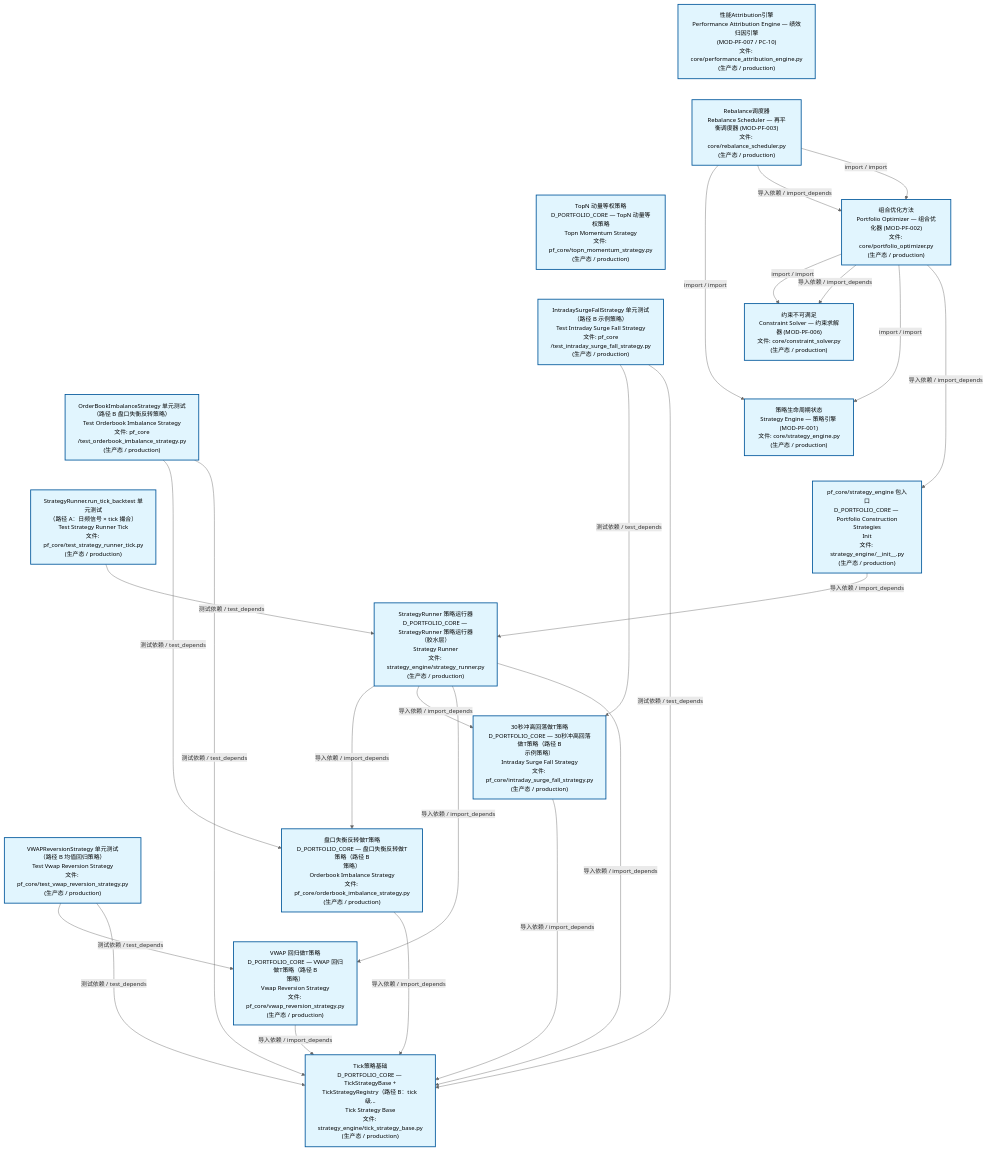
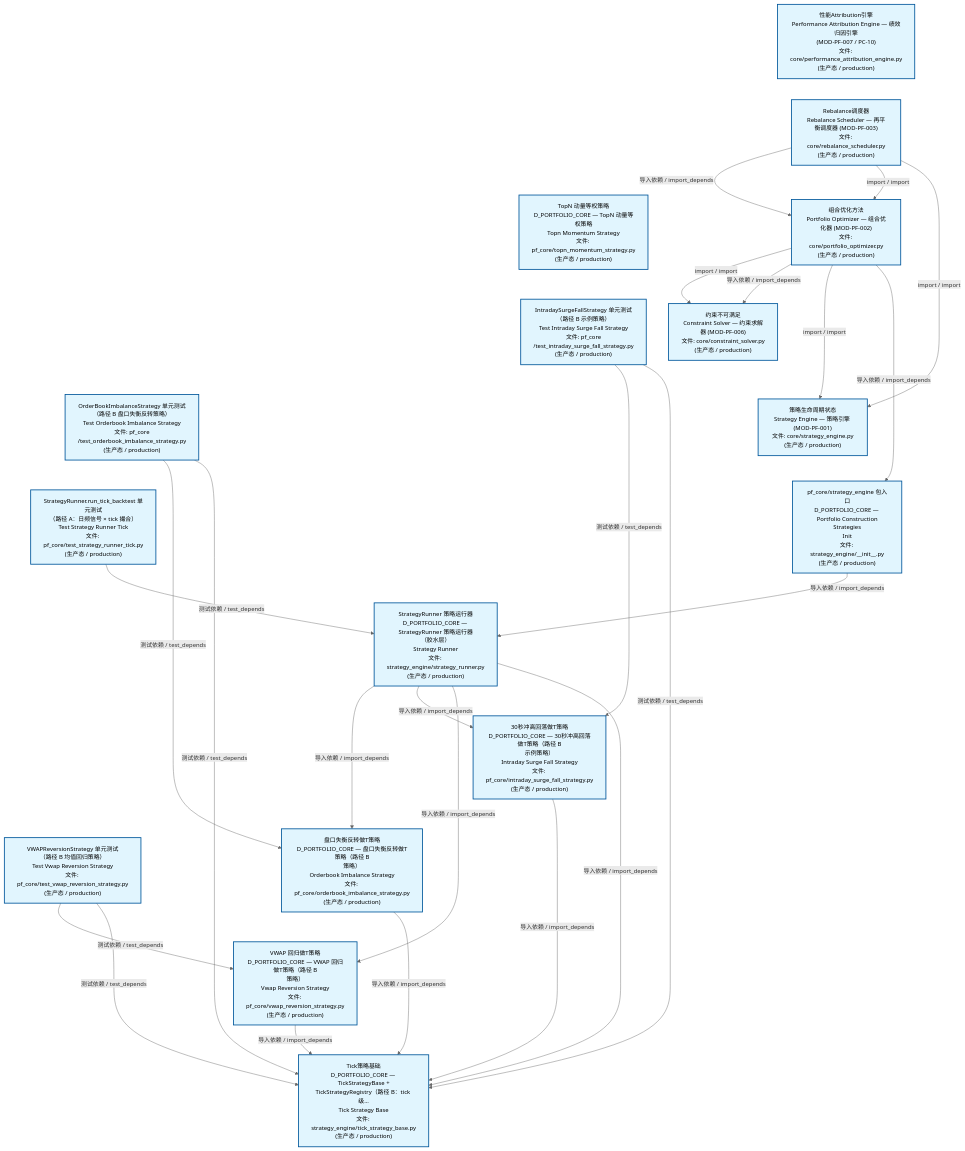
The second of 3 diagrams in docs/02_enterprise_architecture/02_domain_architecture_docs/63_d_pf_core.md (xuanFelixVan/ZephyrAlpha), drawn with Mermaid before and after one commit. The commit also changed other lines of this file and 45 other files, not shown here.

````diff
--- a/docs/02_enterprise_architecture/02_domain_architecture_docs/63_d_pf_core.md
+++ b/docs/02_enterprise_architecture/02_domain_architecture_docs/63_d_pf_core.md
@@ -140,57 +140,57 @@
 ```mermaid
 %%{init: {'theme': 'base', 'themeVariables': {'primaryColor': '#eaeaea', 'primaryTextColor': '#333333', 'primaryBorderColor': '#666666', 'lineColor': '#666666', 'secondaryColor': '#eaeaea', 'tertiaryColor': '#eaeaea', 'fontSize': '14px'}}}%%
 flowchart TD
     src_zephyr_pf_core_core_performance_attribution_engine_py["性能Attribution引擎<br/>Performance Attribution Engine — 绩效归因引擎<br/>(MOD-PF-007 / PC-10)<br/>文件: core/performance_attribution_engine.py<br/>(生产态 / production)"]
     src_zephyr_pf_core_core_rebalance_scheduler_py["Rebalance调度器<br/>Rebalance Scheduler — 再平衡调度器 (MOD-PF-003)<br/>文件: core/rebalance_scheduler.py<br/>(生产态 / production)"]
     src_zephyr_pf_core_topn_momentum_strategy_py["TopN 动量等权策略<br/>D_PORTFOLIO_CORE — TopN 动量等权策略<br/>Topn Momentum Strategy<br/>文件: pf_core/topn_momentum_strategy.py<br/>(生产态 / production)"]
     tests_pf_core_test_intraday_surge_fall_strategy_py["IntradaySurgeFallStrategy 单元测试<br/>（路径 B 示例策略）<br/>Test Intraday Surge Fall Strategy<br/>文件: pf_core<br/>/test_intraday_surge_fall_strategy.py<br/>(生产态 / production)"]
     tests_pf_core_test_orderbook_imbalance_strategy_py["OrderBookImbalanceStrategy 单元测试<br/>（路径 B 盘口失衡反转策略）<br/>Test Orderbook Imbalance Strategy<br/>文件: pf_core<br/>/test_orderbook_imbalance_strategy.py<br/>(生产态 / production)"]
     tests_pf_core_test_strategy_runner_tick_py["StrategyRunner.run_tick_backtest 单元测试<br/>（路径 A：日频信号 × tick 撮合）<br/>Test Strategy Runner Tick<br/>文件: pf_core/test_strategy_runner_tick.py<br/>(生产态 / production)"]
     tests_pf_core_test_vwap_reversion_strategy_py["VWAPReversionStrategy 单元测试<br/>（路径 B 均值回归策略）<br/>Test Vwap Reversion Strategy<br/>文件: pf_core/test_vwap_reversion_strategy.py<br/>(生产态 / production)"]
     src_zephyr_pf_core_core_performance_attribution_engine_py ~~~ src_zephyr_pf_core_core_rebalance_scheduler_py
     src_zephyr_pf_core_core_rebalance_scheduler_py ~~~ src_zephyr_pf_core_topn_momentum_strategy_py
     src_zephyr_pf_core_topn_momentum_strategy_py ~~~ tests_pf_core_test_intraday_surge_fall_strategy_py
     tests_pf_core_test_intraday_surge_fall_strategy_py ~~~ tests_pf_core_test_orderbook_imbalance_strategy_py
     tests_pf_core_test_orderbook_imbalance_strategy_py ~~~ tests_pf_core_test_strategy_runner_tick_py
     tests_pf_core_test_strategy_runner_tick_py ~~~ tests_pf_core_test_vwap_reversion_strategy_py
     src_zephyr_pf_core_core_portfolio_optimizer_py["组合优化方法<br/>Portfolio Optimizer — 组合优化器 (MOD-PF-002)<br/>文件: core/portfolio_optimizer.py<br/>(生产态 / production)"]
     src_zephyr_pf_core_core_constraint_solver_py["约束不可满足<br/>Constraint Solver — 约束求解器 (MOD-PF-006)<br/>文件: core/constraint_solver.py<br/>(生产态 / production)"]
     src_zephyr_pf_core_core_strategy_engine_py["策略生命周期状态<br/>Strategy Engine — 策略引擎 (MOD-PF-001)<br/>文件: core/strategy_engine.py<br/>(生产态 / production)"]
     src_zephyr_pf_core_strategy_engine_init_py["pf_core/strategy_engine 包入口<br/>D_PORTFOLIO_CORE — Portfolio Construction<br/>Strategies<br/>Init<br/>文件: strategy_engine/__init__.py<br/>(生产态 / production)"]
     src_zephyr_pf_core_core_constraint_solver_py ~~~ src_zephyr_pf_core_core_strategy_engine_py
     src_zephyr_pf_core_core_strategy_engine_py ~~~ src_zephyr_pf_core_strategy_engine_init_py
     src_zephyr_pf_core_strategy_engine_strategy_runner_py["StrategyRunner 策略运行器<br/>D_PORTFOLIO_CORE — StrategyRunner 策略运行器<br/>（胶水层）<br/>Strategy Runner<br/>文件: strategy_engine/strategy_runner.py<br/>(生产态 / production)"]
     src_zephyr_pf_core_intraday_surge_fall_strategy_py["30秒冲高回落做T策略<br/>D_PORTFOLIO_CORE — 30秒冲高回落做T策略（路径 B<br/>示例策略）<br/>Intraday Surge Fall Strategy<br/>文件: pf_core/intraday_surge_fall_strategy.py<br/>(生产态 / production)"]
     src_zephyr_pf_core_orderbook_imbalance_strategy_py["盘口失衡反转做T策略<br/>D_PORTFOLIO_CORE — 盘口失衡反转做T策略（路径 B<br/>策略）<br/>Orderbook Imbalance Strategy<br/>文件: pf_core/orderbook_imbalance_strategy.py<br/>(生产态 / production)"]
     src_zephyr_pf_core_vwap_reversion_strategy_py["VWAP 回归做T策略<br/>D_PORTFOLIO_CORE — VWAP 回归做T策略（路径 B<br/>策略）<br/>Vwap Reversion Strategy<br/>文件: pf_core/vwap_reversion_strategy.py<br/>(生产态 / production)"]
     src_zephyr_pf_core_intraday_surge_fall_strategy_py ~~~ src_zephyr_pf_core_orderbook_imbalance_strategy_py
     src_zephyr_pf_core_orderbook_imbalance_strategy_py ~~~ src_zephyr_pf_core_vwap_reversion_strategy_py
     src_zephyr_pf_core_strategy_engine_tick_strategy_base_py["Tick策略基础<br/>D_PORTFOLIO_CORE — TickStrategyBase +<br/>TickStrategyRegistry（路径 B：tick 级...<br/>Tick Strategy Base<br/>文件: strategy_engine/tick_strategy_base.py<br/>(生产态 / production)"]
     src_zephyr_pf_core_orderbook_imbalance_strategy_py -->|导入依赖 / import_depends| src_zephyr_pf_core_strategy_engine_tick_strategy_base_py
     src_zephyr_pf_core_intraday_surge_fall_strategy_py -->|导入依赖 / import_depends| src_zephyr_pf_core_strategy_engine_tick_strategy_base_py
     src_zephyr_pf_core_vwap_reversion_strategy_py -->|导入依赖 / import_depends| src_zephyr_pf_core_strategy_engine_tick_strategy_base_py
-    src_zephyr_pf_core_core_rebalance_scheduler_py -->|import / import| src_zephyr_pf_core_core_strategy_engine_py
     src_zephyr_pf_core_core_rebalance_scheduler_py -->|导入依赖 / import_depends| src_zephyr_pf_core_core_portfolio_optimizer_py
     src_zephyr_pf_core_core_rebalance_scheduler_py -->|import / import| src_zephyr_pf_core_core_portfolio_optimizer_py
+    src_zephyr_pf_core_core_rebalance_scheduler_py -->|import / import| src_zephyr_pf_core_core_strategy_engine_py
     src_zephyr_pf_core_core_portfolio_optimizer_py -->|import / import| src_zephyr_pf_core_core_constraint_solver_py
     src_zephyr_pf_core_core_portfolio_optimizer_py -->|导入依赖 / import_depends| src_zephyr_pf_core_core_constraint_solver_py
     src_zephyr_pf_core_core_portfolio_optimizer_py -->|import / import| src_zephyr_pf_core_core_strategy_engine_py
     src_zephyr_pf_core_core_portfolio_optimizer_py -->|导入依赖 / import_depends| src_zephyr_pf_core_strategy_engine_init_py
-    src_zephyr_pf_core_strategy_engine_init_py -->|导入依赖 / import_depends| src_zephyr_pf_core_strategy_engine_strategy_runner_py
     src_zephyr_pf_core_strategy_engine_strategy_runner_py -->|导入依赖 / import_depends| src_zephyr_pf_core_orderbook_imbalance_strategy_py
     src_zephyr_pf_core_strategy_engine_strategy_runner_py -->|导入依赖 / import_depends| src_zephyr_pf_core_intraday_surge_fall_strategy_py
     src_zephyr_pf_core_strategy_engine_strategy_runner_py -->|导入依赖 / import_depends| src_zephyr_pf_core_vwap_reversion_strategy_py
     src_zephyr_pf_core_strategy_engine_strategy_runner_py -->|导入依赖 / import_depends| src_zephyr_pf_core_strategy_engine_tick_strategy_base_py
+    src_zephyr_pf_core_strategy_engine_init_py -->|导入依赖 / import_depends| src_zephyr_pf_core_strategy_engine_strategy_runner_py
     tests_pf_core_test_orderbook_imbalance_strategy_py -->|测试依赖 / test_depends| src_zephyr_pf_core_orderbook_imbalance_strategy_py
     tests_pf_core_test_orderbook_imbalance_strategy_py -->|测试依赖 / test_depends| src_zephyr_pf_core_strategy_engine_tick_strategy_base_py
     tests_pf_core_test_intraday_surge_fall_strategy_py -->|测试依赖 / test_depends| src_zephyr_pf_core_intraday_surge_fall_strategy_py
     tests_pf_core_test_intraday_surge_fall_strategy_py -->|测试依赖 / test_depends| src_zephyr_pf_core_strategy_engine_tick_strategy_base_py
     tests_pf_core_test_vwap_reversion_strategy_py -->|测试依赖 / test_depends| src_zephyr_pf_core_vwap_reversion_strategy_py
     tests_pf_core_test_vwap_reversion_strategy_py -->|测试依赖 / test_depends| src_zephyr_pf_core_strategy_engine_tick_strategy_base_py
     tests_pf_core_test_strategy_runner_tick_py -->|测试依赖 / test_depends| src_zephyr_pf_core_strategy_engine_strategy_runner_py
     classDef production fill:#e1f5fe,stroke:#01579b,stroke-width:2px,color:#000
     classDef design fill:#fff3e0,stroke:#e65100,stroke-width:2px,color:#000,stroke-dasharray: 5 5
     classDef external_prod fill:#e8f4fd,stroke:#0277bd,stroke-width:1px,color:#000
     classDef external_design fill:#fff8e7,stroke:#ef6c00,stroke-width:1px,color:#000,stroke-dasharray: 5 5
     class src_zephyr_pf_core_core_constraint_solver_py,src_zephyr_pf_core_core_performance_attribution_engine_py,src_zephyr_pf_core_core_portfolio_optimizer_py,src_zephyr_pf_core_core_rebalance_scheduler_py,src_zephyr_pf_core_core_strategy_engine_py,src_zephyr_pf_core_intraday_surge_fall_strategy_py,src_zephyr_pf_core_orderbook_imbalance_strategy_py,src_zephyr_pf_core_strategy_engine_init_py,src_zephyr_pf_core_strategy_engine_strategy_runner_py,src_zephyr_pf_core_strategy_engine_tick_strategy_base_py,src_zephyr_pf_core_topn_momentum_strategy_py,src_zephyr_pf_core_vwap_reversion_strategy_py,tests_pf_core_test_intraday_surge_fall_strategy_py,tests_pf_core_test_orderbook_imbalance_strategy_py,tests_pf_core_test_strategy_runner_tick_py,tests_pf_core_test_vwap_reversion_strategy_py production
 ```
````
